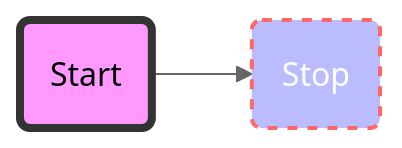
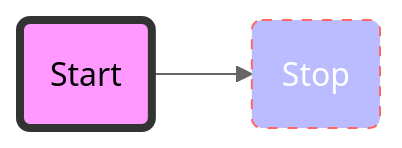
The fifth of 6 diagrams in mermaid/README.md (hjohnss6/learning-github), drawn with Mermaid (neutral theme) before and after one commit. The commit also changed other lines of this file and 1 other file, not shown here.

````diff
--- a/mermaid/README.md
+++ b/mermaid/README.md
@@ -123,7 +128,7 @@
 ```mermaid
 flowchart LR
     id1(Start)-->id2(Stop)
     style id1 fill:#f9f,stroke:#333,stroke-width:4px
-    style id2 fill:#bbf,stroke:#f66,stroke-width:2px,color:#fff,stroke-dasharray: 5 5
+    style id2 fill:#bbf,stroke:#f66,color:#fff,stroke-dasharray: 5 5
 
 ```
````
